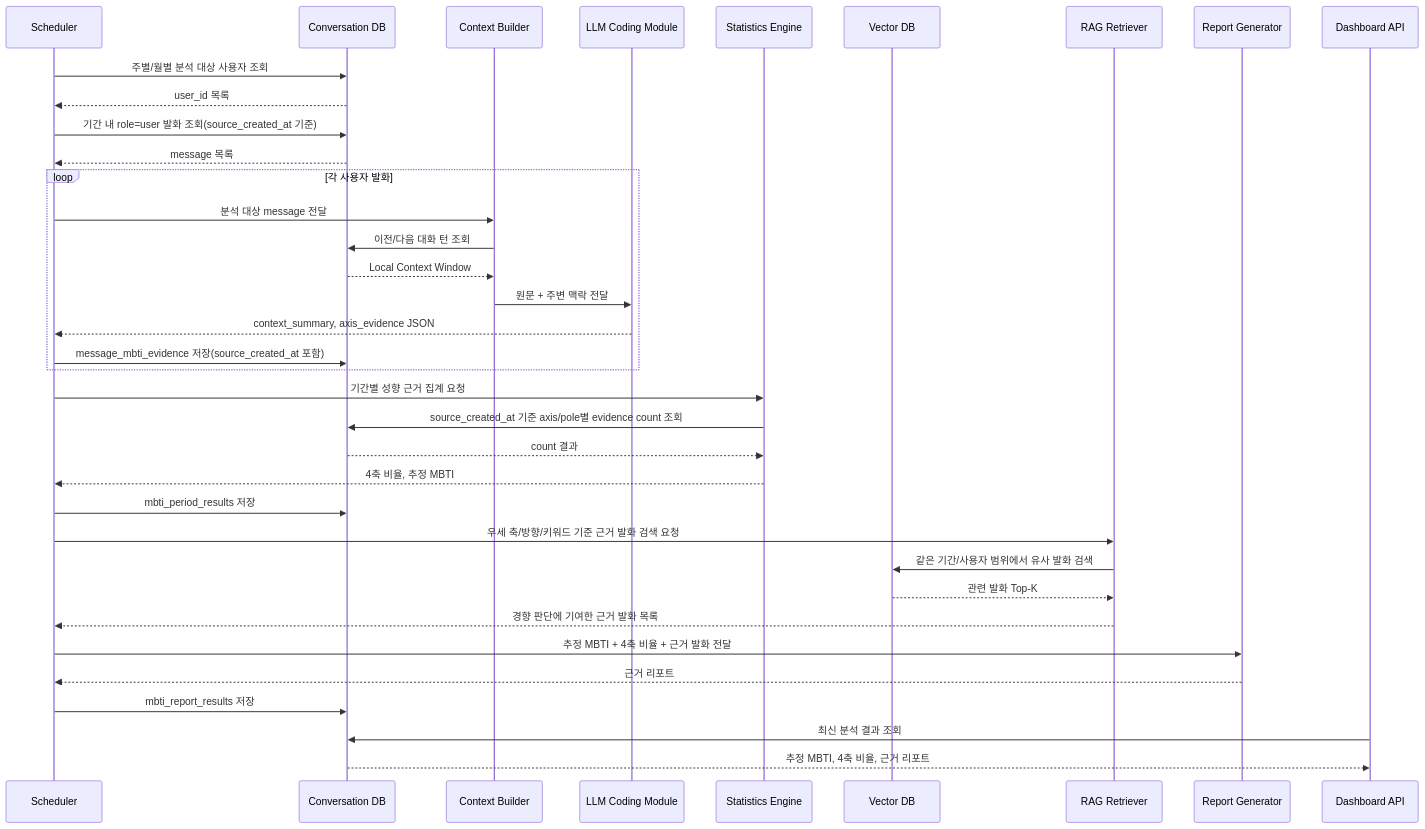
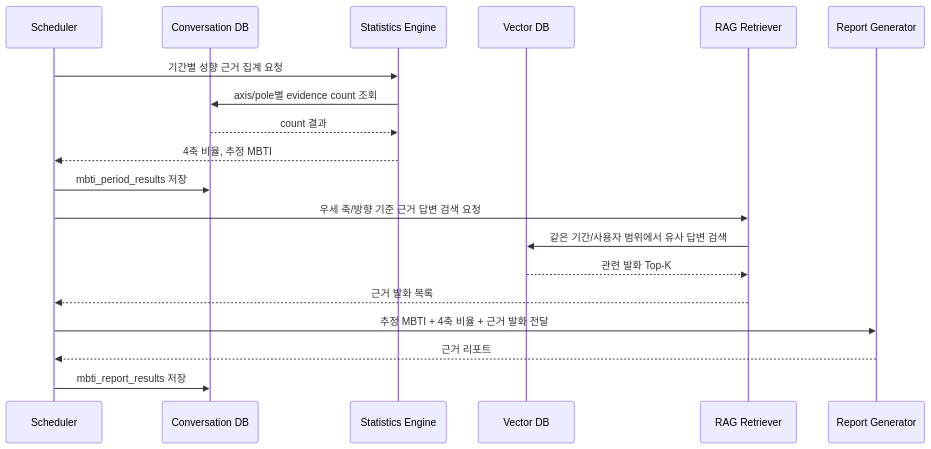
One commit to SKNETWORKS-FAMILY-AICAMP/SKN27-FINAL-4Team changed the fourth of 7 diagrams in docs/한재웅/MBTI_성향추정_프로세스_흐름_보고서_현실권장구조_최종개편본.md. Above: the diagram before and after it, drawn with Mermaid. The commit also changed other lines of this file, not shown here.

Commit message:
문서(분석기능만 있는 프로세스 흐름도 및 시퀀스 다이어그램)  반영

````diff
--- a/docs/한재웅/MBTI_성향추정_프로세스_흐름_보고서_현실권장구조_최종개편본.md
+++ b/docs/한재웅/MBTI_성향추정_프로세스_흐름_보고서_현실권장구조_최종개편본.md
@@ -128,44 +126,23 @@
 ```mermaid
 sequenceDiagram
     participant SCH as Scheduler
     participant DB as Conversation DB
-    participant CTX as Context Builder
-    participant LLM as LLM Coding Module
     participant STAT as Statistics Engine
     participant VDB as Vector DB
     participant RAG as RAG Retriever
     participant REP as Report Generator
-    participant DASH as Dashboard API
-
-    SCH->>DB: 주별/월별 분석 대상 사용자 조회
-    DB-->>SCH: user_id 목록
-
-    SCH->>DB: 기간 내 role=user 발화 조회(source_created_at 기준)
-    DB-->>SCH: message 목록
-
-    loop 각 사용자 발화
-        SCH->>CTX: 분석 대상 message 전달
-        CTX->>DB: 이전/다음 대화 턴 조회
-        DB-->>CTX: Local Context Window
-        CTX->>LLM: 원문 + 주변 맥락 전달
-        LLM-->>SCH: context_summary, axis_evidence JSON
-        SCH->>DB: message_mbti_evidence 저장(source_created_at 포함)
-    end
 
     SCH->>STAT: 기간별 성향 근거 집계 요청
-    STAT->>DB: source_created_at 기준 axis/pole별 evidence count 조회
+    STAT->>DB: axis/pole별 evidence count 조회
     DB-->>STAT: count 결과
     STAT-->>SCH: 4축 비율, 추정 MBTI
     SCH->>DB: mbti_period_results 저장
 
-    SCH->>RAG: 우세 축/방향/키워드 기준 근거 발화 검색 요청
-    RAG->>VDB: 같은 기간/사용자 범위에서 유사 발화 검색
+    SCH->>RAG: 우세 축/방향 기준 근거 답변 검색 요청
+    RAG->>VDB: 같은 기간/사용자 범위에서 유사 답변 검색
     VDB-->>RAG: 관련 발화 Top-K
-    RAG-->>SCH: 경향 판단에 기여한 근거 발화 목록
+    RAG-->>SCH: 근거 발화 목록
     SCH->>REP: 추정 MBTI + 4축 비율 + 근거 발화 전달
     REP-->>SCH: 근거 리포트
     SCH->>DB: mbti_report_results 저장
-
-    DASH->>DB: 최신 분석 결과 조회
-    DB-->>DASH: 추정 MBTI, 4축 비율, 근거 리포트
 ```
````
